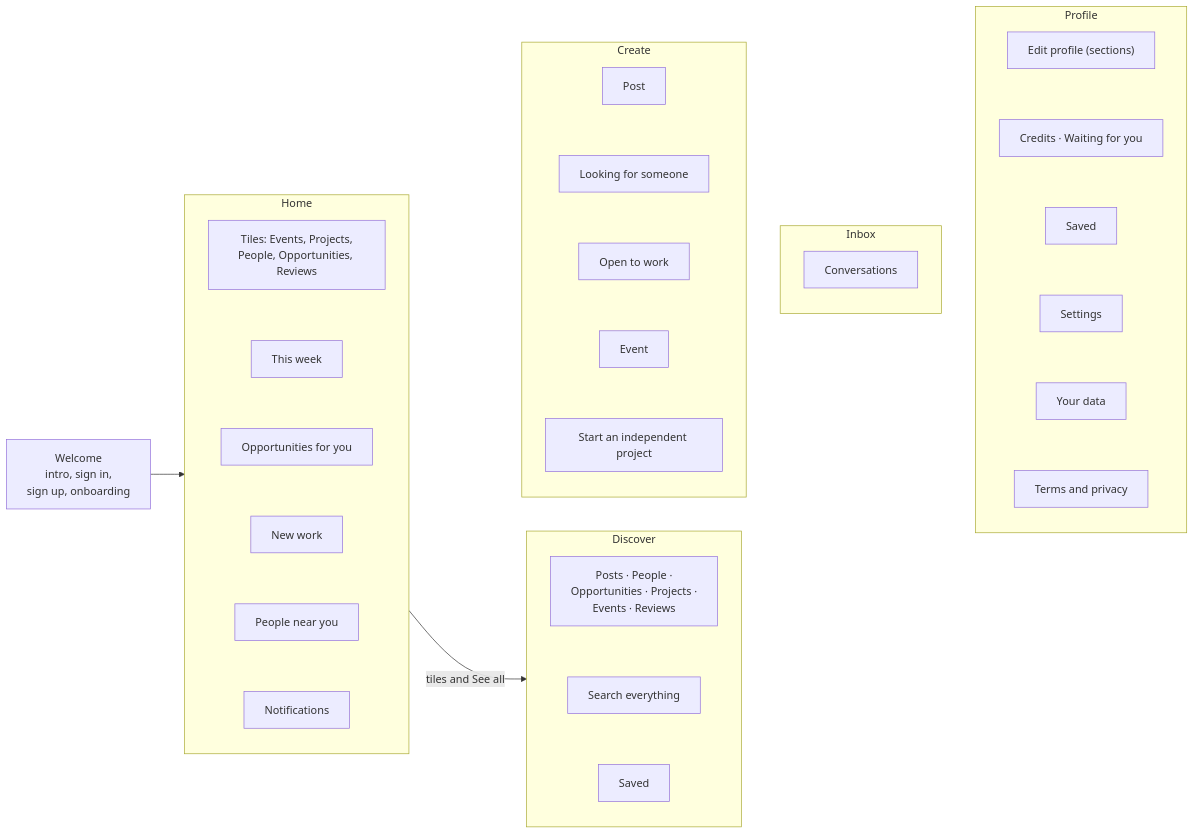
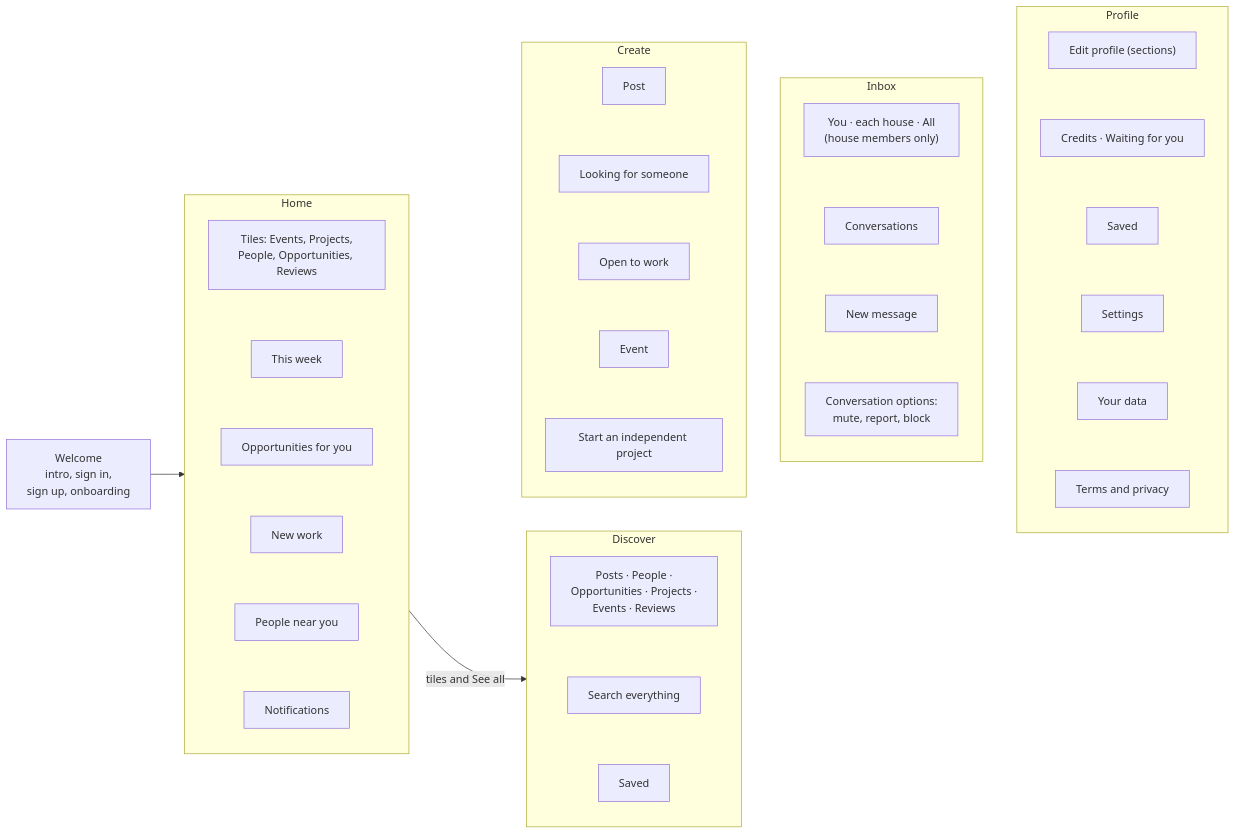
Before and after one commit to kirito-sketch/Art-Artist: the first of 3 diagrams in docs/sunday/2-information-architecture.md, drawn with Mermaid. The commit also changed 8 other files, not shown here.

````diff
--- a/docs/sunday/2-information-architecture.md
+++ b/docs/sunday/2-information-architecture.md
@@ -7,26 +7,26 @@
 ```mermaid
 flowchart LR
   Entry["Welcome<br/>intro, sign in,<br/>sign up, onboarding"] --> HOME
   subgraph HOME["Home"]
     direction TB
     h1["Tiles: Events, Projects,<br/>People, Opportunities, Reviews"] ~~~ h2["This week"] ~~~ h3["Opportunities for you"] ~~~ h4["New work"] ~~~ h5["People near you"] ~~~ h6["Notifications"]
   end
   subgraph DISC["Discover"]
     direction TB
     d1["Posts · People ·<br/>Opportunities · Projects ·<br/>Events · Reviews"] ~~~ d2["Search everything"] ~~~ d3["Saved"]
   end
   subgraph CREATE["Create"]
     direction TB
     c1["Post"] ~~~ c2["Looking for someone"] ~~~ c3["Open to work"] ~~~ c4["Event"] ~~~ c5["Start an independent project"]
   end
   subgraph INBOX["Inbox"]
     direction TB
-    i1["Conversations"]
+    i0["You · each house · All<br/>(house members only)"] ~~~ i1["Conversations"] ~~~ i2["New message"] ~~~ i3["Conversation options:<br/>mute, report, block"]
   end
   subgraph PROF["Profile"]
     direction TB
     p1["Edit profile (sections)"] ~~~ p2["Credits · Waiting for you"] ~~~ p3["Saved"] ~~~ p4["Settings"] ~~~ p5["Your data"] ~~~ p6["Terms and privacy"]
   end
   HOME -- "tiles and See all" --> DISC
   HOME ~~~ CREATE ~~~ INBOX ~~~ PROF
 ```
````
